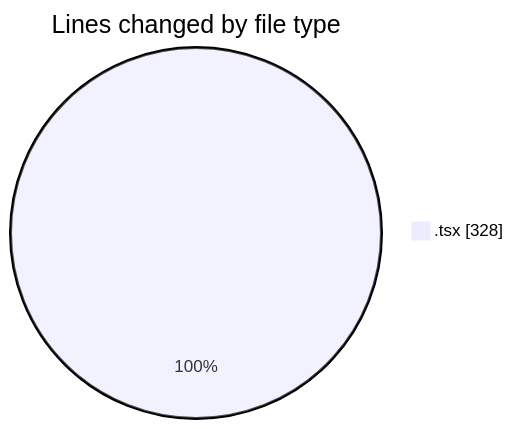
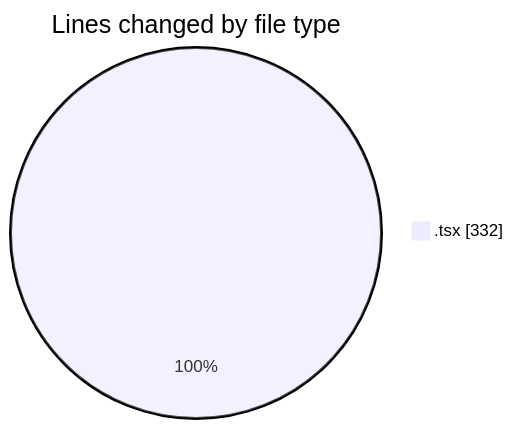
Before and after one commit to Ritupan-Deka/code-tracking: the first of 2 diagrams in 2025-06-24/scopecraft/README.md, drawn with Mermaid. The commit also changed other lines of this file and 1 other file, not shown here.

````diff
--- a/2025-06-24/scopecraft/README.md
+++ b/2025-06-24/scopecraft/README.md
@@ -24,5 +24,5 @@
 ```mermaid
 pie showData
 title Lines changed by file type
-".tsx" : 328
+".tsx" : 332
 ```
````
